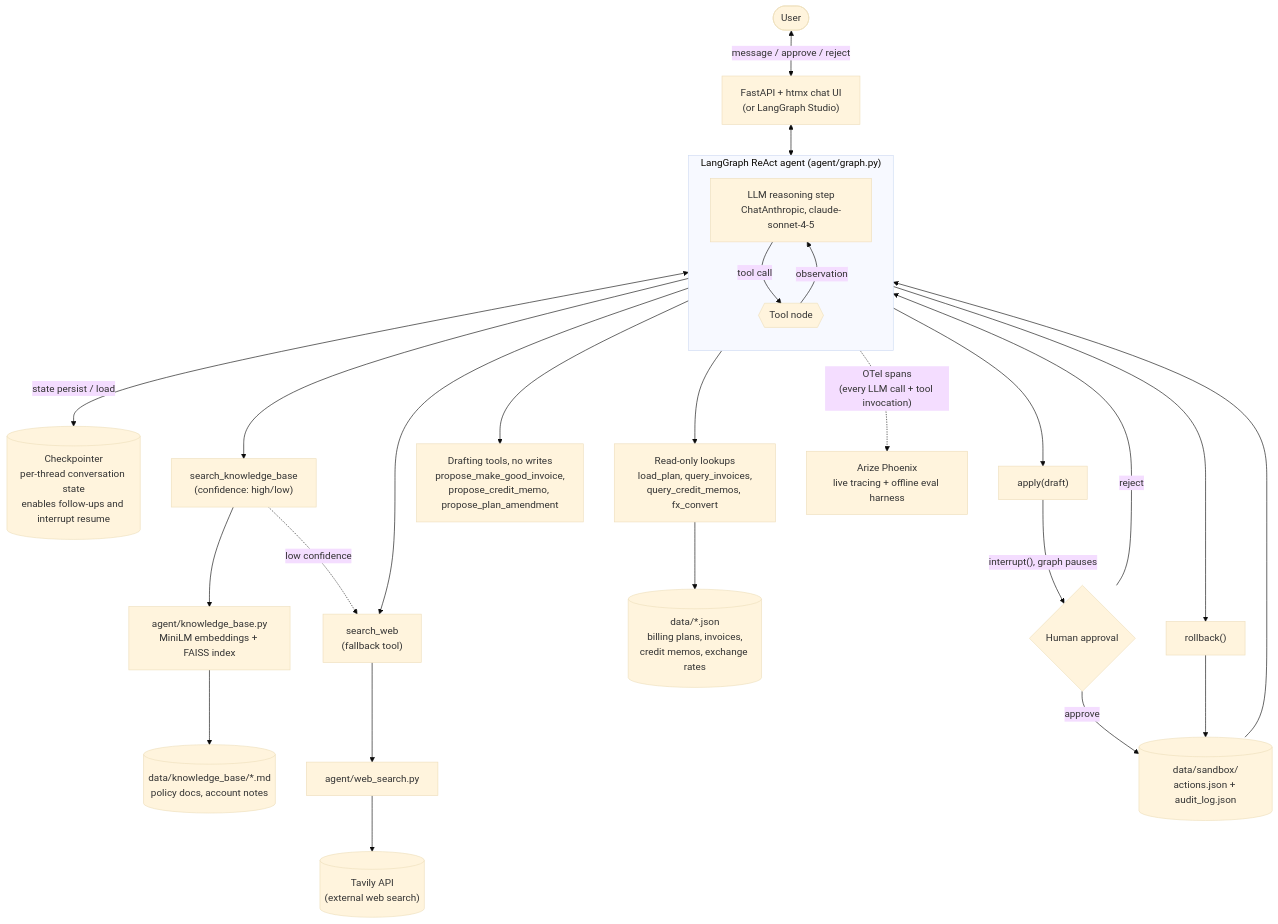
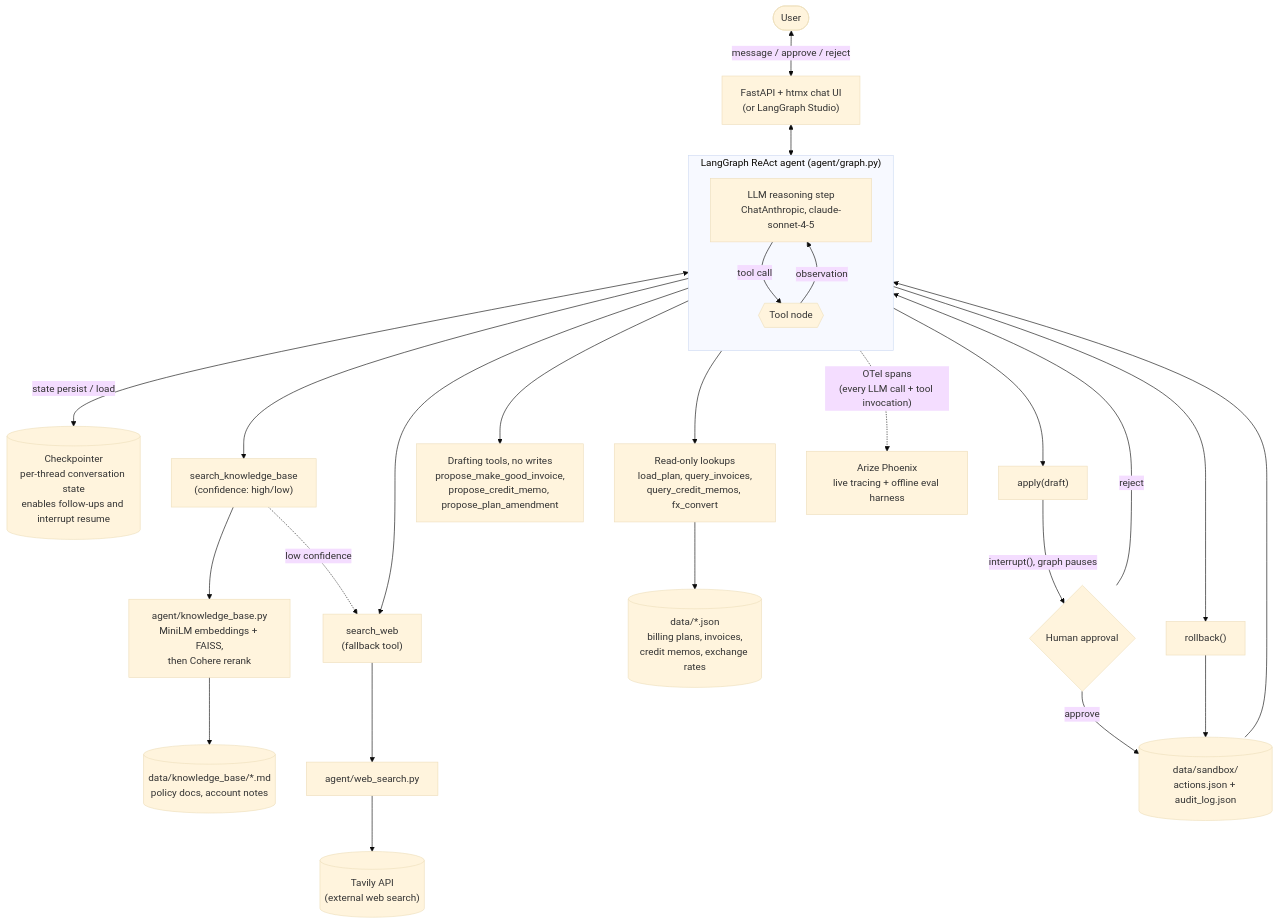
One commit to mgonzalezsanz/ai-leakage-detective changed the diagram in README.md. Above: the diagram before and after it, drawn with Mermaid (base theme). The commit also changed other lines of this file and 4 other files, not shown here.

First line of the commit message:
feat: add rerank knowledge-base results before confidence scoring

````diff
--- a/README.md
+++ b/README.md
@@ -61,37 +61,37 @@
 ```mermaid
 flowchart TD
     User(["User"]) <-->|"message / approve / reject"| UI["FastAPI + htmx chat UI<br/>(or LangGraph Studio)"]
 
     subgraph Graph["LangGraph ReAct agent (agent/graph.py)"]
         direction TB
         LLM["LLM reasoning step<br/>ChatAnthropic, claude-sonnet-4-5"]
         Tools{{"Tool node"}}
         LLM -->|"tool call"| Tools
         Tools -->|"observation"| LLM
     end
 
     UI <--> LLM
     LLM <-->|"state persist / load"| Checkpointer[("Checkpointer<br/>per-thread conversation state<br/>enables follow-ups and interrupt resume")]
 
     Tools --> ReadOnly["Read-only lookups<br/>load_plan, query_invoices,<br/>query_credit_memos, fx_convert"]
     Tools --> RAG["search_knowledge_base<br/>(confidence: high/low)"]
     Tools --> Web["search_web<br/>(fallback tool)"]
     Tools --> Propose["Drafting tools, no writes<br/>propose_make_good_invoice,<br/>propose_credit_memo, propose_plan_amendment"]
     Tools --> Apply["apply(draft)"]
     Tools --> Rollback["rollback()"]
 
     ReadOnly --> Fixtures[("data/*.json<br/>billing plans, invoices,<br/>credit memos, exchange rates")]
-    RAG --> KB["agent/knowledge_base.py<br/>MiniLM embeddings + FAISS index"]
+    RAG --> KB["agent/knowledge_base.py<br/>MiniLM embeddings + FAISS,<br/>then Cohere rerank"]
     KB --> KBDocs[("data/knowledge_base/*.md<br/>policy docs, account notes")]
     RAG -.->|"low confidence"| Web
     Web --> WebSearch["agent/web_search.py"]
     WebSearch --> Tavily[("Tavily API<br/>(external web search)")]
 
     Apply -->|"interrupt(), graph pauses"| Gate{"Human approval"}
     Gate -->|"reject"| Tools
     Gate -->|"approve"| Sandbox[("data/sandbox/<br/>actions.json + audit_log.json")]
     Rollback --> Sandbox
     Sandbox --> Tools
 
     Tools -.->|"OTel spans<br/>(every LLM call + tool invocation)"| Phoenix["Arize Phoenix<br/>live tracing + offline eval harness"]
 ```
````
